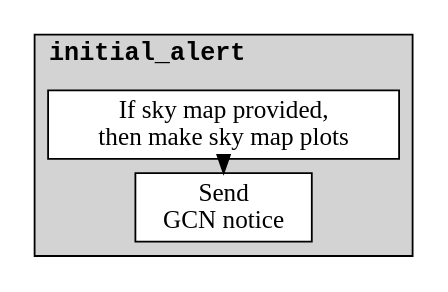
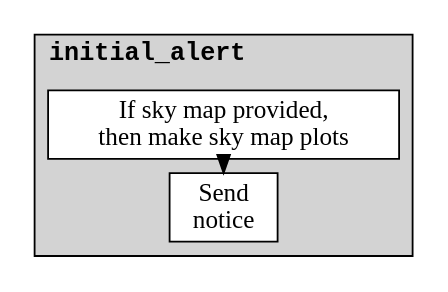
Before and after one commit to lpsinger/gwcelery: the second of 3 diagrams in doc/gwcelery.tasks.orchestrator.rst, drawn with Graphviz. The commit also changed other lines of this file and 7 other files, not shown here.

```diff
--- a/doc/gwcelery.tasks.orchestrator.rst
+++ b/doc/gwcelery.tasks.orchestrator.rst
@@ -199,33 +199,33 @@
 .. digraph:: initial_alert
 
     compound = true
     nodesep = 0.1
     ranksep = 0.1
 
     node [
         fillcolor = white
         shape = box
         style = filled
         target = "_top"
     ]
 
     graph [
         labeljust = "left"
         style = filled
         target = "_top"
     ]
 
     subgraph cluster_initial_alert {
         href = "../gwcelery.tasks.orchestrator.html#gwcelery.tasks.orchestrator.initial_alert"
         label = <<B><FONT face="monospace">initial_alert</FONT></B>>
 
         annotate_skymaps [
             label = "If sky map provided,\nthen make sky map plots"
         ]
 
-        send_gcn [
-            label = "Send\nGCN notice"
+        send_notice [
+            label = "Send\nnotice"
         ]
     }
 
-    annotate_skymaps -> send_gcn
+    annotate_skymaps -> send_notice
```
